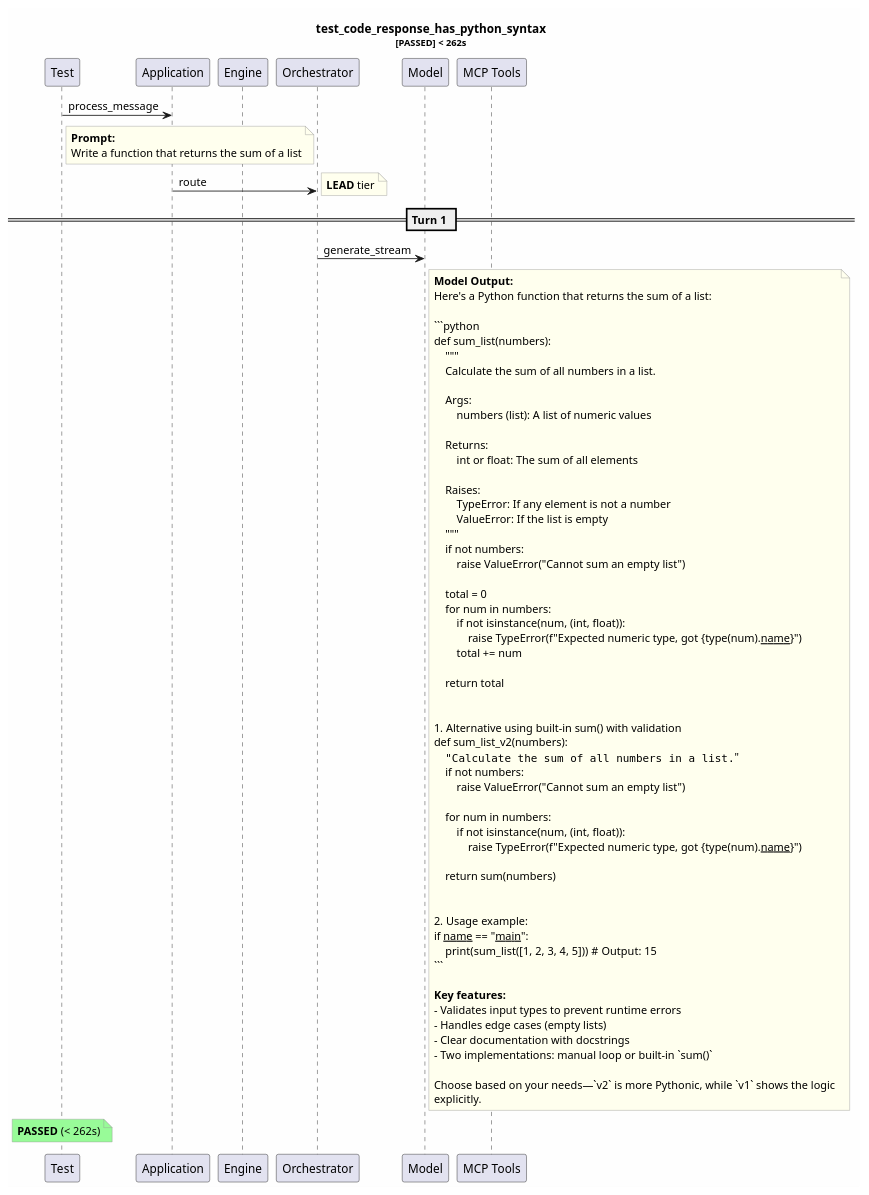
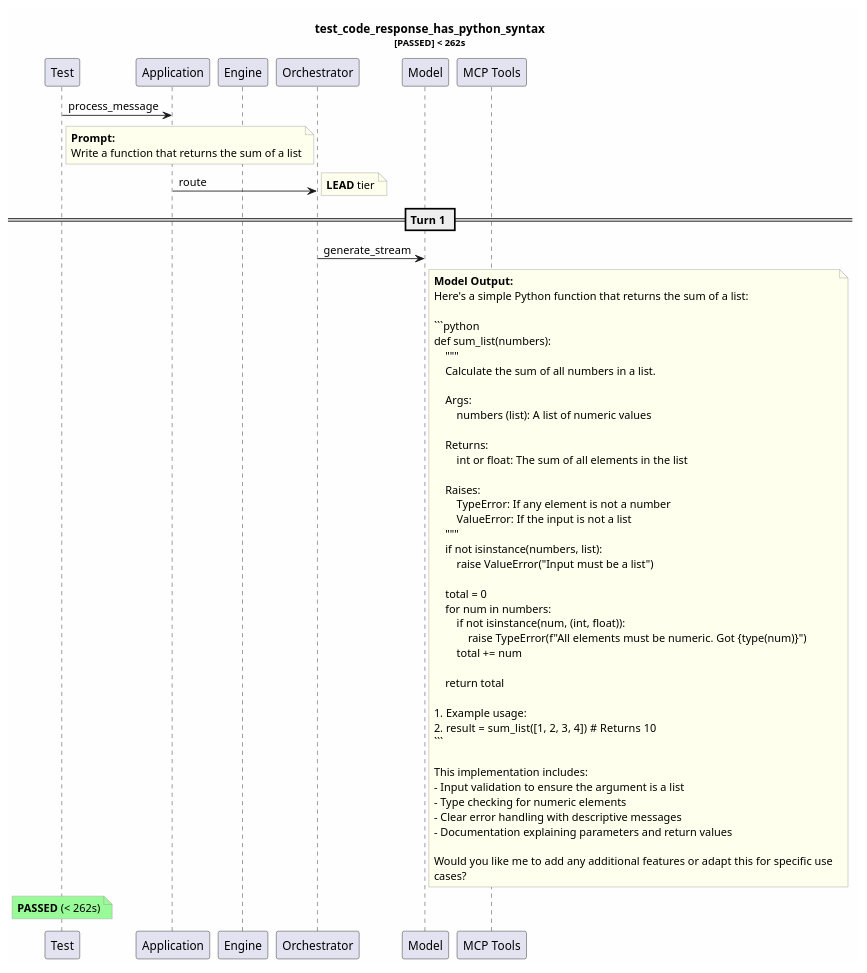
The diagram in test-reports/logs/test_code_response_has_python_syntax/test_code_response_has_python_syntax.puml (tvanfossen/entropic), drawn with PlantUML before and after one commit. The commit also changed 14 other files, not shown here.

````diff
--- a/test-reports/logs/test_code_response_has_python_syntax/test_code_response_has_python_syntax.puml
+++ b/test-reports/logs/test_code_response_has_python_syntax/test_code_response_has_python_syntax.puml
@@ -1,85 +1,70 @@
 @startuml
 skinparam backgroundColor #FEFEFE
 skinparam noteBorderColor #999999
 skinparam noteBackgroundColor #FFFFEE
 title test_code_response_has_python_syntax\n<size:11>[PASSED] < 262s</size>
 
 participant "Test" as T
 participant "Application" as App
 participant "Engine" as Eng
 participant "Orchestrator" as Orch
 participant "Model" as Mdl
 participant "MCP Tools" as MCP
 
 T -> App: process_message
 note right of T
   **Prompt:**
   Write a function that returns the sum of a list
 end note
 App -> Orch: route
 note right: **LEAD** tier
 == Turn 1 ==
 Orch -> Mdl: generate_stream
 note right of Mdl
   **Model Output:**
-  Here's a Python function that returns the sum of a list:
+  Here's a simple Python function that returns the sum of a list:
   
   ```python
   def sum_list(numbers):
       """
       Calculate the sum of all numbers in a list.
       
       Args:
           numbers (list): A list of numeric values
           
       Returns:
-          int or float: The sum of all elements
+          int or float: The sum of all elements in the list
           
       Raises:
           TypeError: If any element is not a number
-          ValueError: If the list is empty
+          ValueError: If the input is not a list
       """
-      if not numbers:
-          raise ValueError("Cannot sum an empty list")
+      if not isinstance(numbers, list):
+          raise ValueError("Input must be a list")
       
       total = 0
       for num in numbers:
           if not isinstance(num, (int, float)):
-              raise TypeError(f"Expected numeric type, got {type(num).__name__}")
+              raise TypeError(f"All elements must be numeric. Got {type(num)}")
           total += num
       
       return total
   
-  
-  # Alternative using built-in sum() with validation
-  def sum_list_v2(numbers):
-      """Calculate the sum of all numbers in a list."""
-      if not numbers:
-          raise ValueError("Cannot sum an empty list")
-      
-      for num in numbers:
-          if not isinstance(num, (int, float)):
-              raise TypeError(f"Expected numeric type, got {type(num).__name__}")
-      
-      return sum(numbers)
-  
-  
-  # Usage example:
-  if __name__ == "__main__":
-      print(sum_list([1, 2, 3, 4, 5]))  # Output: 15
+  # Example usage:
+  # result = sum_list([1, 2, 3, 4])  # Returns 10
   ```
   
-  **Key features:**
-  - Validates input types to prevent runtime errors
-  - Handles edge cases (empty lists)
-  - Clear documentation with docstrings
-  - Two implementations: manual loop or built-in `sum()`
+  This implementation includes:
+  - Input validation to ensure the argument is a list
+  - Type checking for numeric elements
+  - Clear error handling with descriptive messages
+  - Documentation explaining parameters and return values
   
-  Choose based on your needs—`v2` is more Pythonic, while `v1` shows the logic 
-  explicitly.
+  Would you like me to add any additional features or adapt this for specific use 
+  cases?
 end note
 note over T #palegreen
   **PASSED** (< 262s)
 end note
 
 @enduml
````
